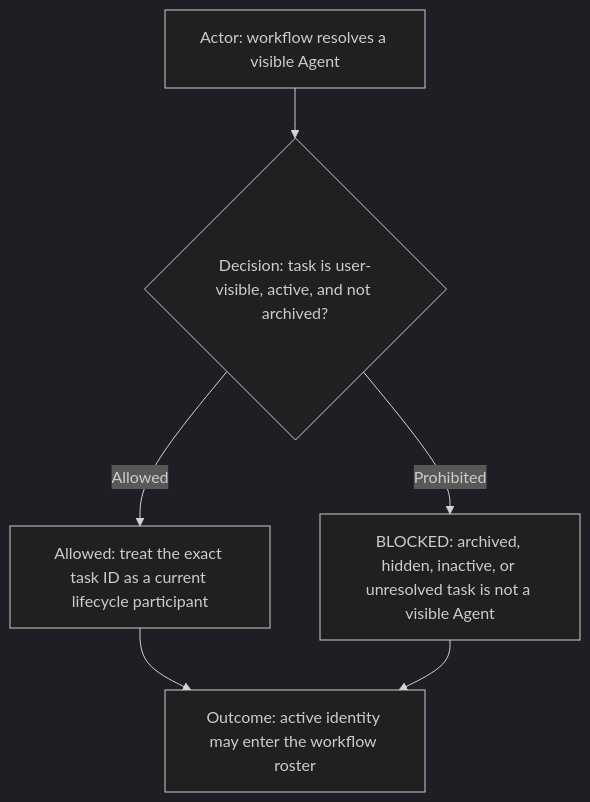
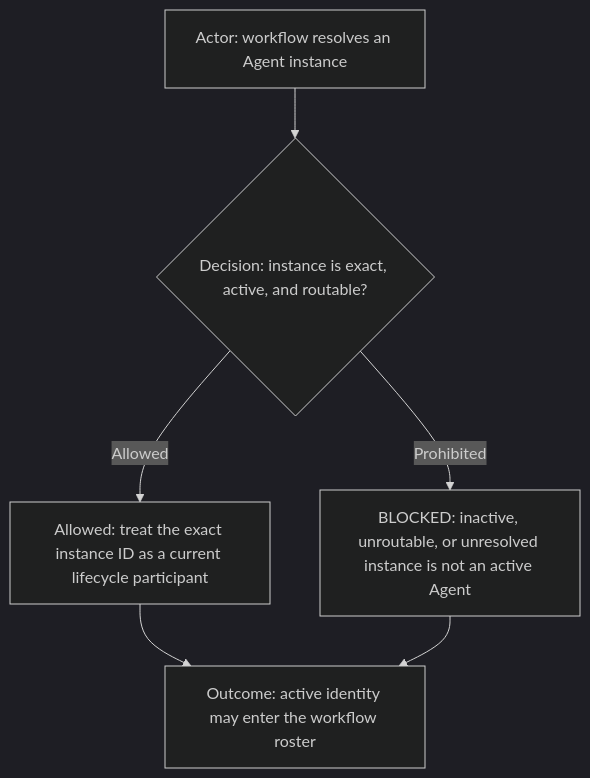
The third of 17 diagrams in ai-workflows/agents.md (starodubtsevconsulting/ai-fleas), drawn with Mermaid (dark theme) before and after one commit. The commit also changed other lines of this file and 15 other files, not shown here.

````diff
--- a/ai-workflows/agents.md
+++ b/ai-workflows/agents.md
@@ -32,8 +34,8 @@
 ```mermaid
 flowchart TD
-  Actor["Actor: workflow resolves a visible Agent"] --> Decision{"Decision: task is user-visible, active, and not archived?"}
-  Decision -->|Allowed| Active["Allowed: treat the exact task ID as a current lifecycle participant"]
-  Decision -->|Prohibited| Blocked["BLOCKED: archived, hidden, inactive, or unresolved task is not a visible Agent"]
+  Actor["Actor: workflow resolves an Agent instance"] --> Decision{"Decision: instance is exact, active, and routable?"}
+  Decision -->|Allowed| Active["Allowed: treat the exact instance ID as a current lifecycle participant"]
+  Decision -->|Prohibited| Blocked["BLOCKED: inactive, unroutable, or unresolved instance is not an active Agent"]
   Active --> Outcome["Outcome: active identity may enter the workflow roster"]
   Blocked --> Outcome
 ```
````
